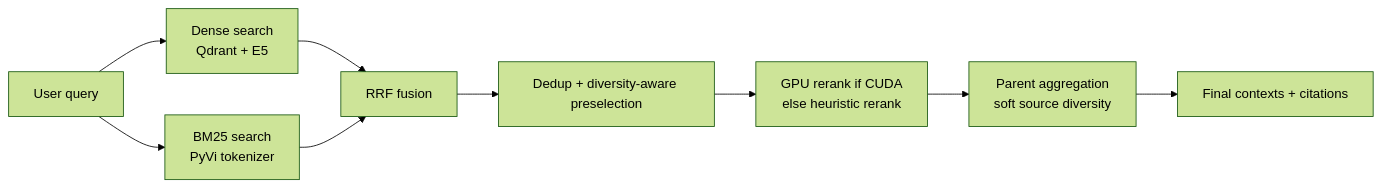
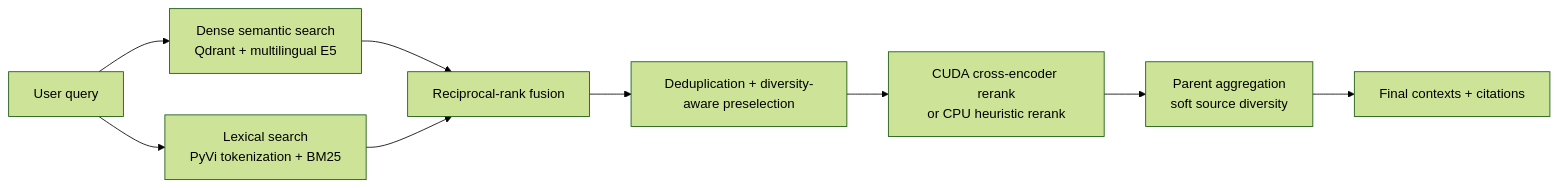
The second of 4 diagrams in README.md (DuongDucMinh/AGENTIC-RAG), drawn with Mermaid (forest theme) before and after one commit. The commit also changed other lines of this file, not shown here.

Commit message:
Fix README architecture documentation

````diff
--- a/README.md
+++ b/README.md
@@ -36,11 +36,11 @@
 ```mermaid
 flowchart LR
-    query["User query"] --> dense["Dense search<br/>Qdrant + E5"]
-    query --> bm25["BM25 search<br/>PyVi tokenizer"]
-    dense --> rrf["RRF fusion"]
-    bm25 --> rrf
-    rrf --> dedup["Dedup + diversity-aware preselection"]
-    dedup --> rank["GPU rerank if CUDA<br/>else heuristic rerank"]
-    rank --> parent["Parent aggregation<br/>soft source diversity"]
-    parent --> context["Final contexts + citations"]
+    queryNode["User query"] --> denseNode["Dense semantic search<br/>Qdrant + multilingual E5"]
+    queryNode --> bm25Node["Lexical search<br/>PyVi tokenization + BM25"]
+    denseNode --> fusionNode["Reciprocal-rank fusion"]
+    bm25Node --> fusionNode
+    fusionNode --> selectNode["Deduplication + diversity-aware preselection"]
+    selectNode --> rankNode["CUDA cross-encoder rerank<br/>or CPU heuristic rerank"]
+    rankNode --> parentNode["Parent aggregation<br/>soft source diversity"]
+    parentNode --> contextNode["Final contexts + citations"]
 ```
````
